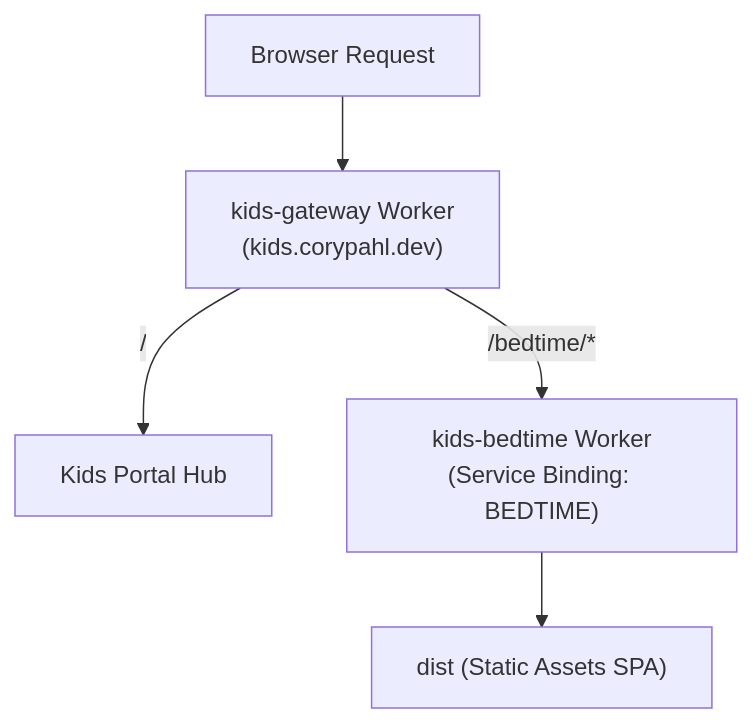
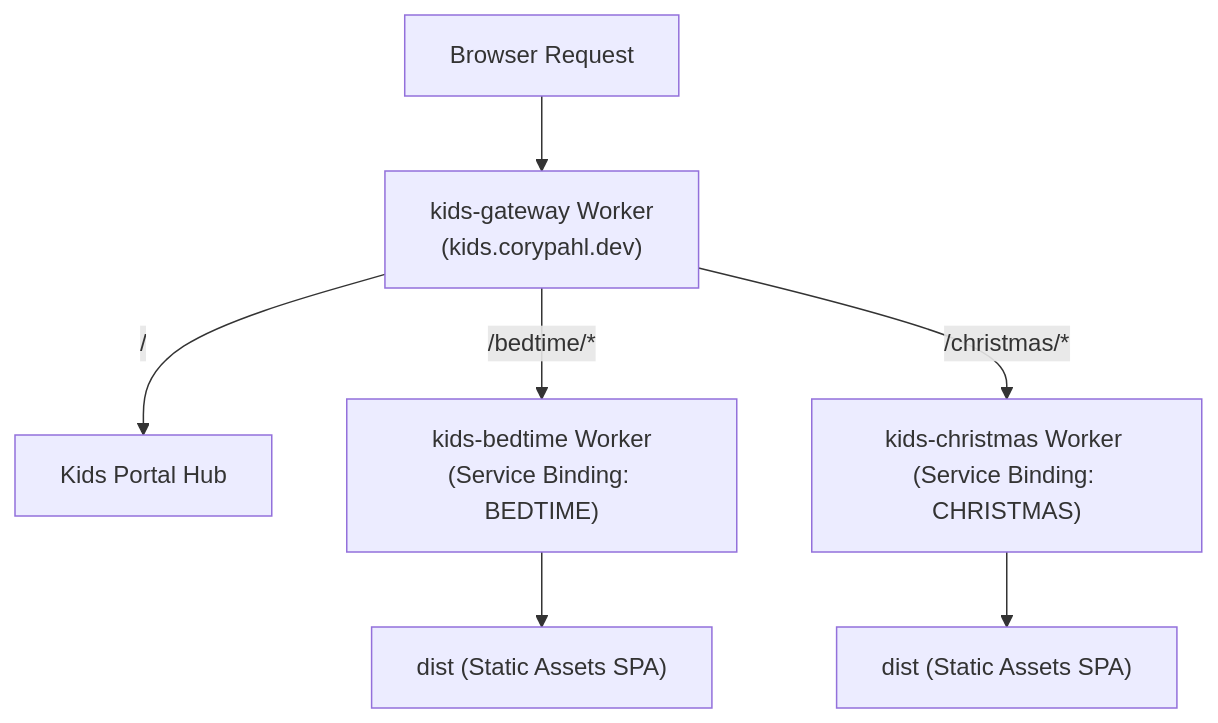
One commit to corypahl/kids changed the diagram in docs/architecture.md. Above: the diagram before and after it, drawn with Mermaid. The commit also changed other lines of this file and 21 other files, not shown here.

````diff
--- a/docs/architecture.md
+++ b/docs/architecture.md
@@ -20,7 +21,9 @@
 ```mermaid
 flowchart TD
     Client["Browser Request"] --> Gateway["kids-gateway Worker<br/>(kids.corypahl.dev)"]
     Gateway -- "/" --> Hub["Kids Portal Hub"]
     Gateway -- "/bedtime/*" --> BedtimeWorker["kids-bedtime Worker<br/>(Service Binding: BEDTIME)"]
     BedtimeWorker --> BedtimeAssets["dist (Static Assets SPA)"]
+    Gateway -- "/christmas/*" --> ChristmasWorker["kids-christmas Worker (Service Binding: CHRISTMAS)"]
+    ChristmasWorker --> ChristmasAssets["dist (Static Assets SPA)"]
 ```
````
